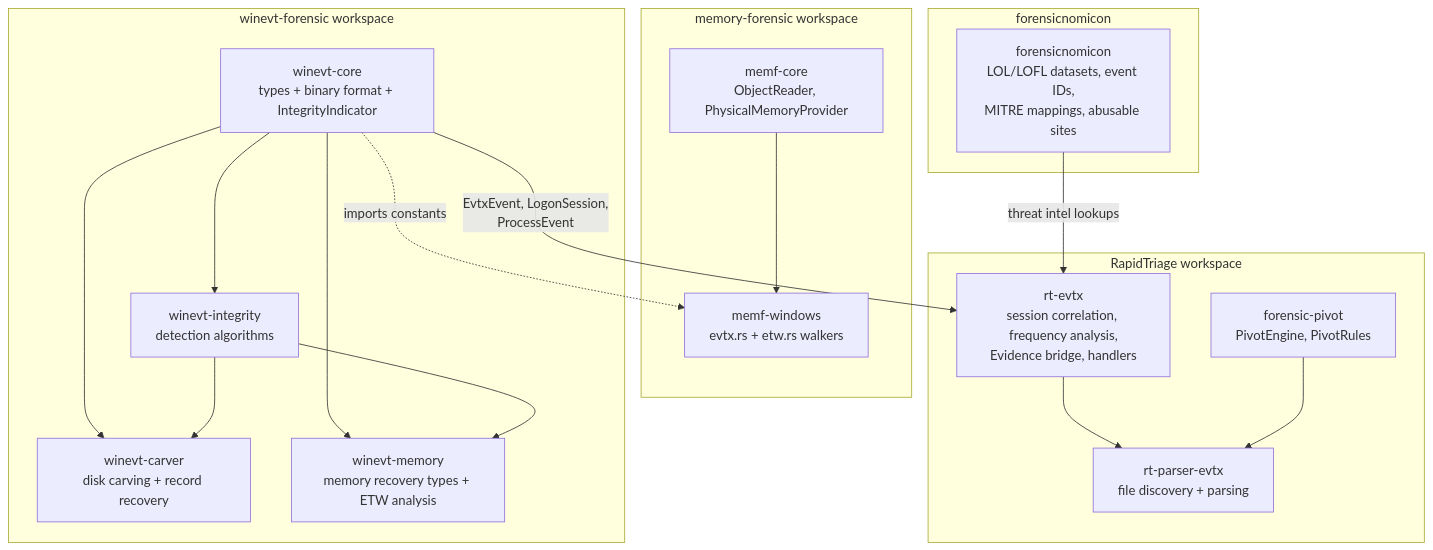
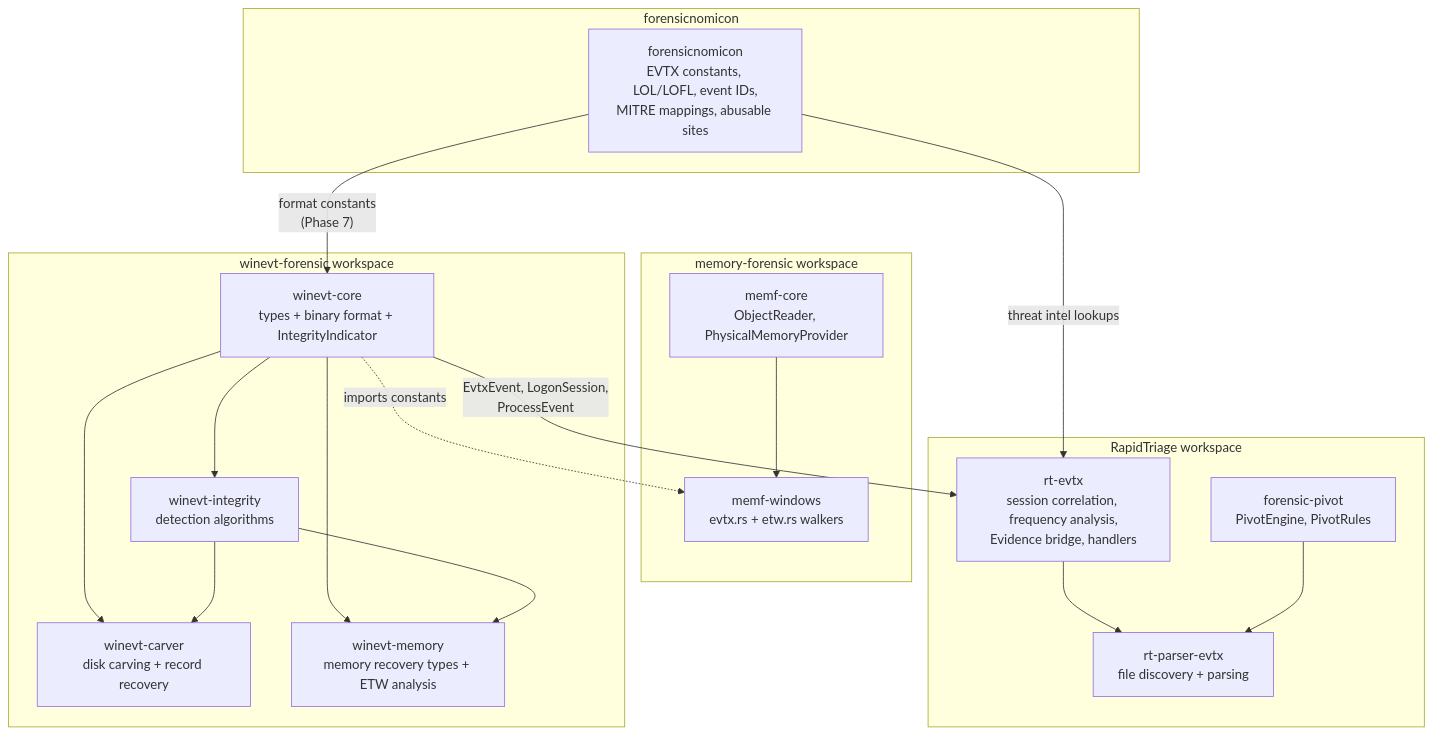
Before and after one commit to SecurityRonin/winevt-forensic: the diagram in PLAN.md, drawn with Mermaid. The commit also changed other lines of this file, not shown here.

First line of the commit message:
docs: forensicnomicon is single source of truth for format constants

````diff
--- a/PLAN.md
+++ b/PLAN.md
@@ -321,39 +322,40 @@
 ```mermaid
 graph TD
     subgraph "winevt-forensic workspace"
         WC[winevt-core<br/>types + binary format + IntegrityIndicator]
         WAF[winevt-integrity<br/>detection algorithms]
         WCV[winevt-carver<br/>disk carving + record recovery]
         WM[winevt-memory<br/>memory recovery types + ETW analysis]
 
         WC --> WAF
         WC --> WCV
         WC --> WM
         WAF --> WCV
         WAF --> WM
     end
 
     subgraph "memory-forensic workspace"
         MC[memf-core<br/>ObjectReader, PhysicalMemoryProvider]
         MW[memf-windows<br/>evtx.rs + etw.rs walkers]
 
         MC --> MW
         WC -.->|"imports constants"| MW
     end
 
     subgraph "RapidTriage workspace"
         RTE[rt-evtx<br/>session correlation, frequency analysis,<br/>Evidence bridge, handlers]
         RTP[rt-parser-evtx<br/>file discovery + parsing]
         FP[forensic-pivot<br/>PivotEngine, PivotRules]
 
         WC -->|"EvtxEvent, LogonSession,<br/>ProcessEvent"| RTE
         RTE --> RTP
         FP --> RTP
     end
 
     subgraph "forensicnomicon"
-        FN[forensicnomicon<br/>LOL/LOFL datasets, event IDs,<br/>MITRE mappings, abusable sites]
+        FN[forensicnomicon<br/>EVTX constants, LOL/LOFL, event IDs,<br/>MITRE mappings, abusable sites]
     end
 
+    FN -->|"format constants<br/>(Phase 7)"| WC
     FN -->|"threat intel lookups"| RTE
 ```
````
